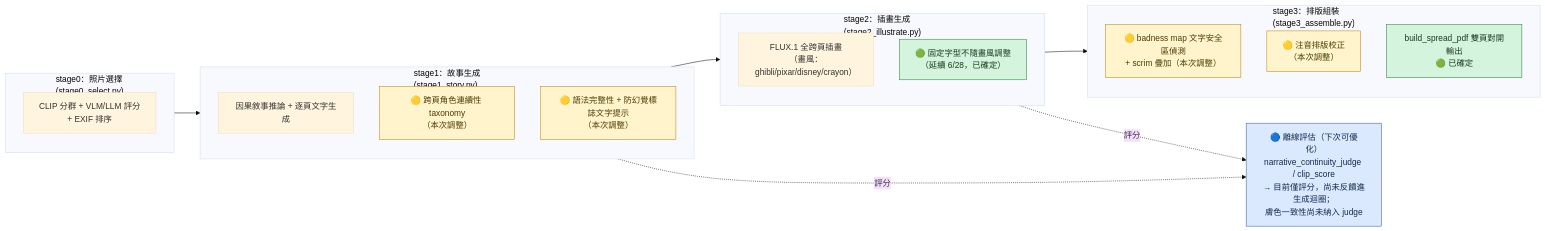
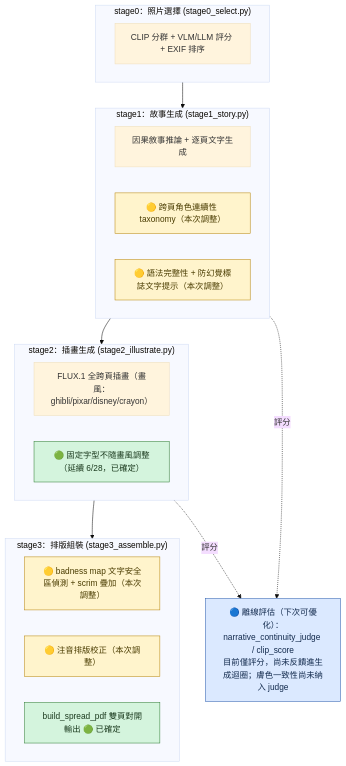
Before and after one commit to smallbeautygirl/Photo2Story: the diagram in docs/monthly_report_0729.md, drawn with Mermaid (base theme).

Commit message:
docs(pipeline): 📝 improve flowchart layout and readability

````diff
--- a/docs/monthly_report_0729.md
+++ b/docs/monthly_report_0729.md
@@ -8,40 +8,40 @@
 ```mermaid
-flowchart LR
-    subgraph S0["stage0：照片選擇<br/>(stage0_select.py)"]
-        direction TB
-        S0A["CLIP 分群 + VLM/LLM 評分<br/>+ EXIF 排序"]
+flowchart TD
+    subgraph S0["stage0：照片選擇 (stage0_select.py)"]
+        direction LR
+        S0A["CLIP 分群 + VLM/LLM 評分 + EXIF 排序"]
     end
 
-    subgraph S1["stage1：故事生成<br/>(stage1_story.py)"]
-        direction TB
+    subgraph S1["stage1：故事生成 (stage1_story.py)"]
+        direction LR
         S1A["因果敘事推論 + 逐頁文字生成"]
-        S1B["🟡 跨頁角色連續性 taxonomy<br/>（本次調整）"]
-        S1C["🟡 語法完整性 + 防幻覺標誌文字提示<br/>（本次調整）"]
+        S1B["🟡 跨頁角色連續性 taxonomy（本次調整）"]
+        S1C["🟡 語法完整性 + 防幻覺標誌文字提示（本次調整）"]
     end
 
-    subgraph S2["stage2：插畫生成<br/>(stage2_illustrate.py)"]
-        direction TB
-        S2A["FLUX.1 全跨頁插畫<br/>（畫風：ghibli/pixar/disney/crayon）"]
-        S2B["🟢 固定字型不隨畫風調整<br/>（延續 6/28，已確定）"]
+    subgraph S2["stage2：插畫生成 (stage2_illustrate.py)"]
+        direction LR
+        S2A["FLUX.1 全跨頁插畫（畫風：ghibli/pixar/disney/crayon）"]
+        S2B["🟢 固定字型不隨畫風調整（延續 6/28，已確定）"]
     end
 
-    subgraph S3["stage3：排版組裝<br/>(stage3_assemble.py)"]
-        direction TB
-        S3A["🟡 badness map 文字安全區偵測<br/>+ scrim 疊加（本次調整）"]
-        S3B["🟡 注音排版校正<br/>（本次調整）"]
-        S3C["build_spread_pdf 雙頁對開輸出<br/>🟢 已確定"]
+    subgraph S3["stage3：排版組裝 (stage3_assemble.py)"]
+        direction LR
+        S3A["🟡 badness map 文字安全區偵測 + scrim 疊加（本次調整）"]
+        S3B["🟡 注音排版校正（本次調整）"]
+        S3C["build_spread_pdf 雙頁對開輸出 🟢 已確定"]
     end
 
-    EVAL["🔵 離線評估（下次可優化）<br/>narrative_continuity_judge / clip_score<br/>→ 目前僅評分，尚未反饋進生成迴圈；<br/>膚色一致性尚未納入 judge"]
+    EVAL["🔵 離線評估（下次可優化）：narrative_continuity_judge / clip_score<br/>目前僅評分，尚未反饋進生成迴圈；膚色一致性尚未納入 judge"]
 
     S0 --> S1 --> S2 --> S3
     S1 -.評分.-> EVAL
     S2 -.評分.-> EVAL
 
     classDef confirmed fill:#d4f4dd,stroke:#2e7d32,color:#1b3a1e;
     classDef changed fill:#fff4cc,stroke:#b8860b,color:#4a3c00;
     classDef next fill:#dbe9ff,stroke:#2b5cad,color:#122a4d;
     class S2B,S3C confirmed;
     class S1B,S1C,S3A,S3B changed;
     class EVAL next;
 ```
````
